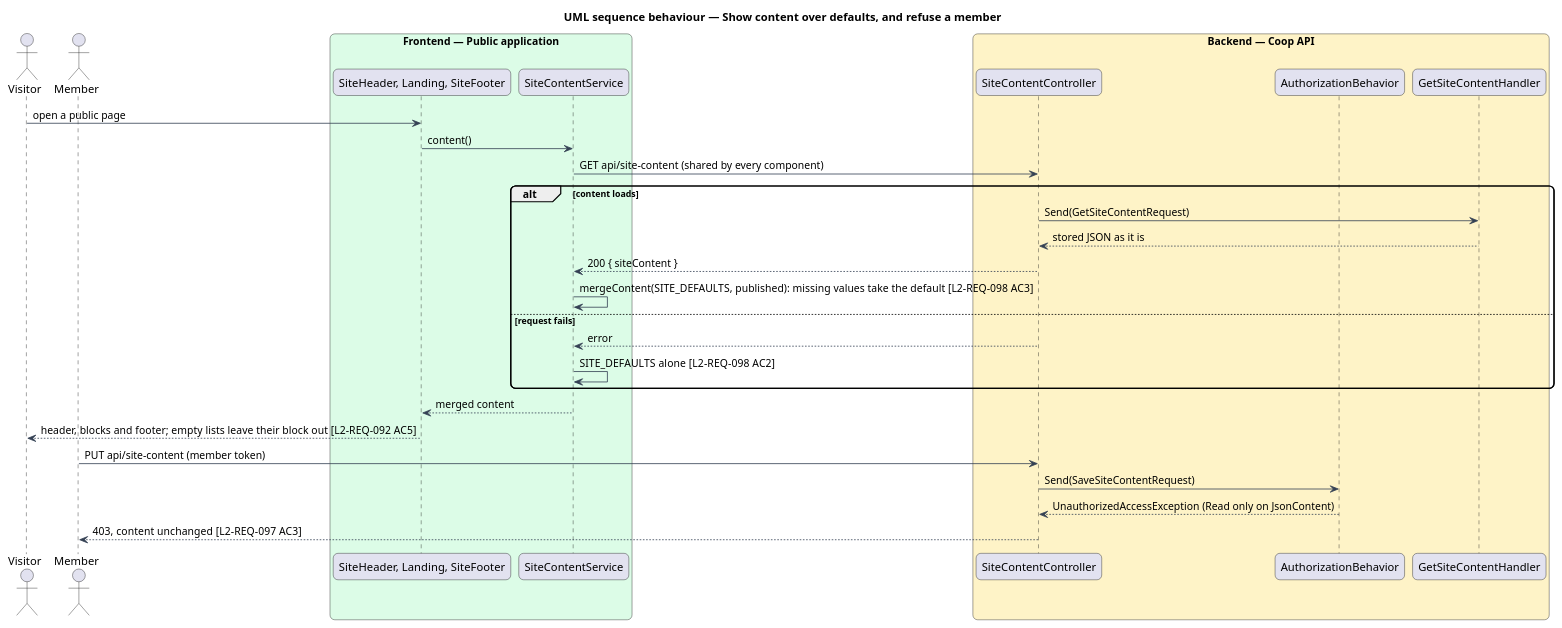
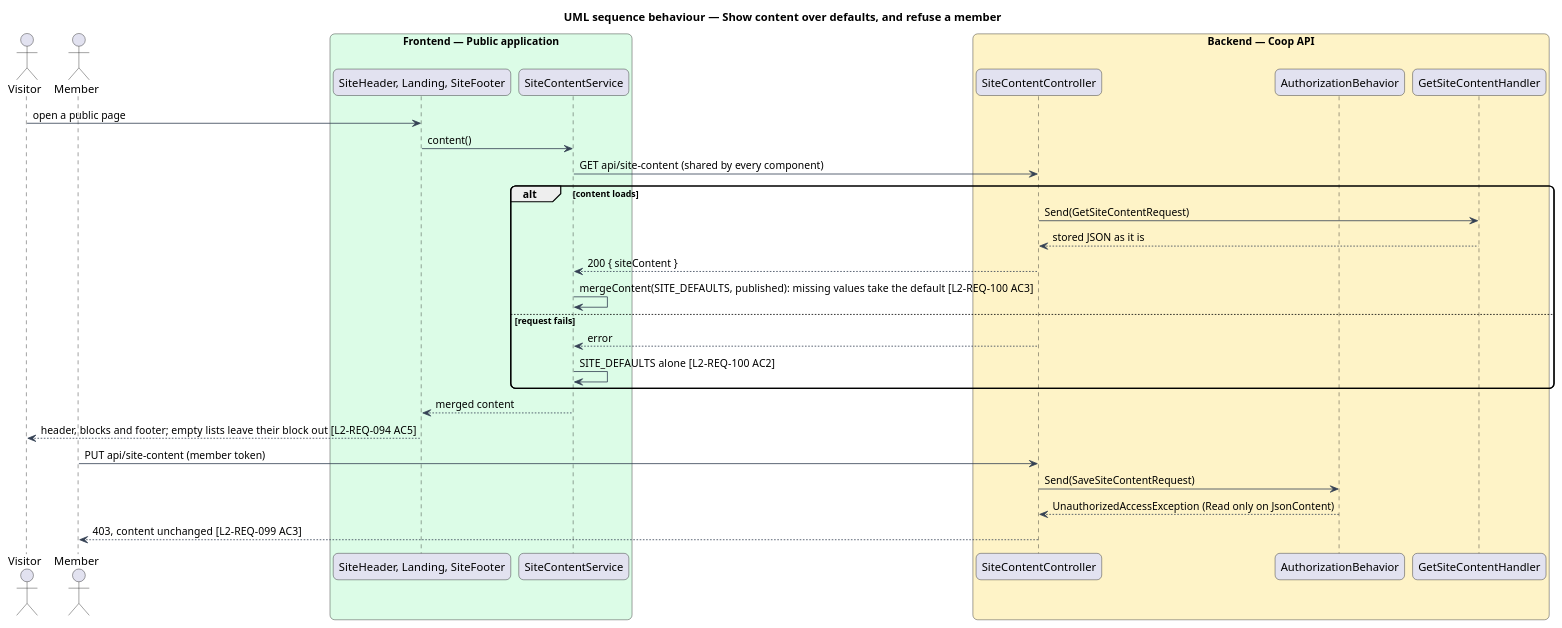
The diagram in docs/detailed-designs/admin-app/manage-site-content/diagrams/sequence-fallback-and-refuse.puml (QuinntyneBrown/Coop), drawn with PlantUML before and after one commit. The commit also changed 80 other files, not shown here.

First line of the commit message:
Renumber the site content requirements after main took L2-REQ-092 and 093

```diff
--- a/docs/detailed-designs/admin-app/manage-site-content/diagrams/sequence-fallback-and-refuse.puml
+++ b/docs/detailed-designs/admin-app/manage-site-content/diagrams/sequence-fallback-and-refuse.puml
@@ -1,37 +1,37 @@
 @startuml
 title UML sequence behaviour — Show content over defaults, and refuse a member
 skinparam backgroundColor #FFFFFF
 skinparam shadowing false
 skinparam roundcorner 12
 skinparam defaultFontName Arial
 skinparam ArrowColor #344054
 actor "Visitor" as visitor
 actor "Member" as member
 box "Frontend — Public application" #DCFCE7
   participant "SiteHeader, Landing, SiteFooter" as page
   participant "SiteContentService" as service
 end box
 box "Backend — Coop API" #FEF3C7
   participant "SiteContentController" as controller
   participant "AuthorizationBehavior" as authz
   participant "GetSiteContentHandler" as handler
 end box
 visitor -> page : open a public page
 page -> service : content()
 service -> controller : GET api/site-content (shared by every component)
 alt content loads
   controller -> handler : Send(GetSiteContentRequest)
   handler --> controller : stored JSON as it is
   controller --> service : 200 { siteContent }
-  service -> service : mergeContent(SITE_DEFAULTS, published): missing values take the default  [L2-REQ-098 AC3]
+  service -> service : mergeContent(SITE_DEFAULTS, published): missing values take the default  [L2-REQ-100 AC3]
 else request fails
   controller --> service : error
-  service -> service : SITE_DEFAULTS alone  [L2-REQ-098 AC2]
+  service -> service : SITE_DEFAULTS alone  [L2-REQ-100 AC2]
 end
 service --> page : merged content
-page --> visitor : header, blocks and footer; empty lists leave their block out  [L2-REQ-092 AC5]
+page --> visitor : header, blocks and footer; empty lists leave their block out  [L2-REQ-094 AC5]
 member -> controller : PUT api/site-content (member token)
 controller -> authz : Send(SaveSiteContentRequest)
 authz --> controller : UnauthorizedAccessException (Read only on JsonContent)
-controller --> member : 403, content unchanged  [L2-REQ-097 AC3]
+controller --> member : 403, content unchanged  [L2-REQ-099 AC3]
 @enduml
```
